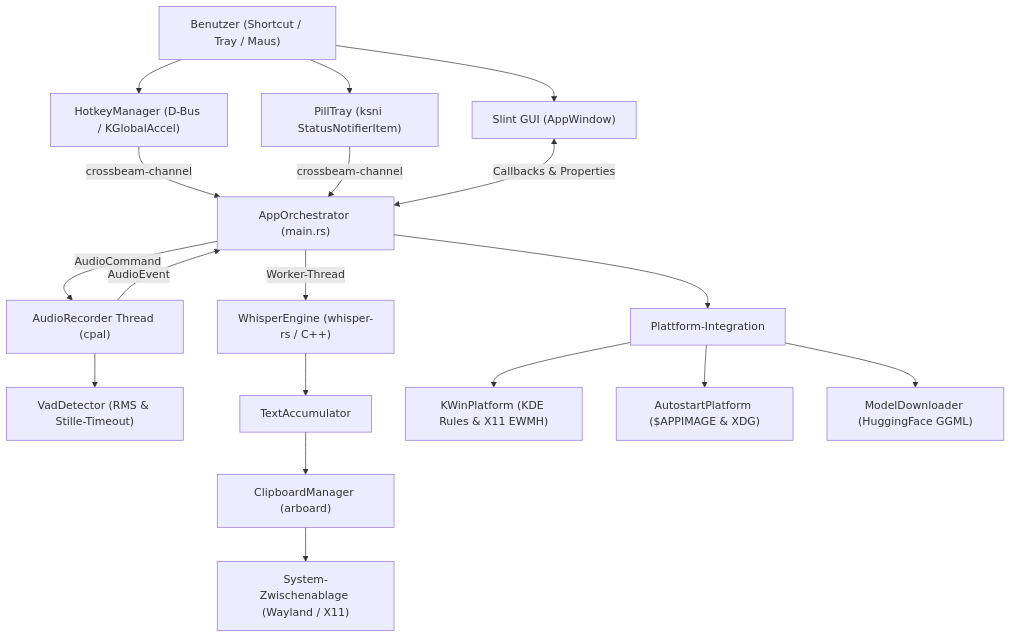
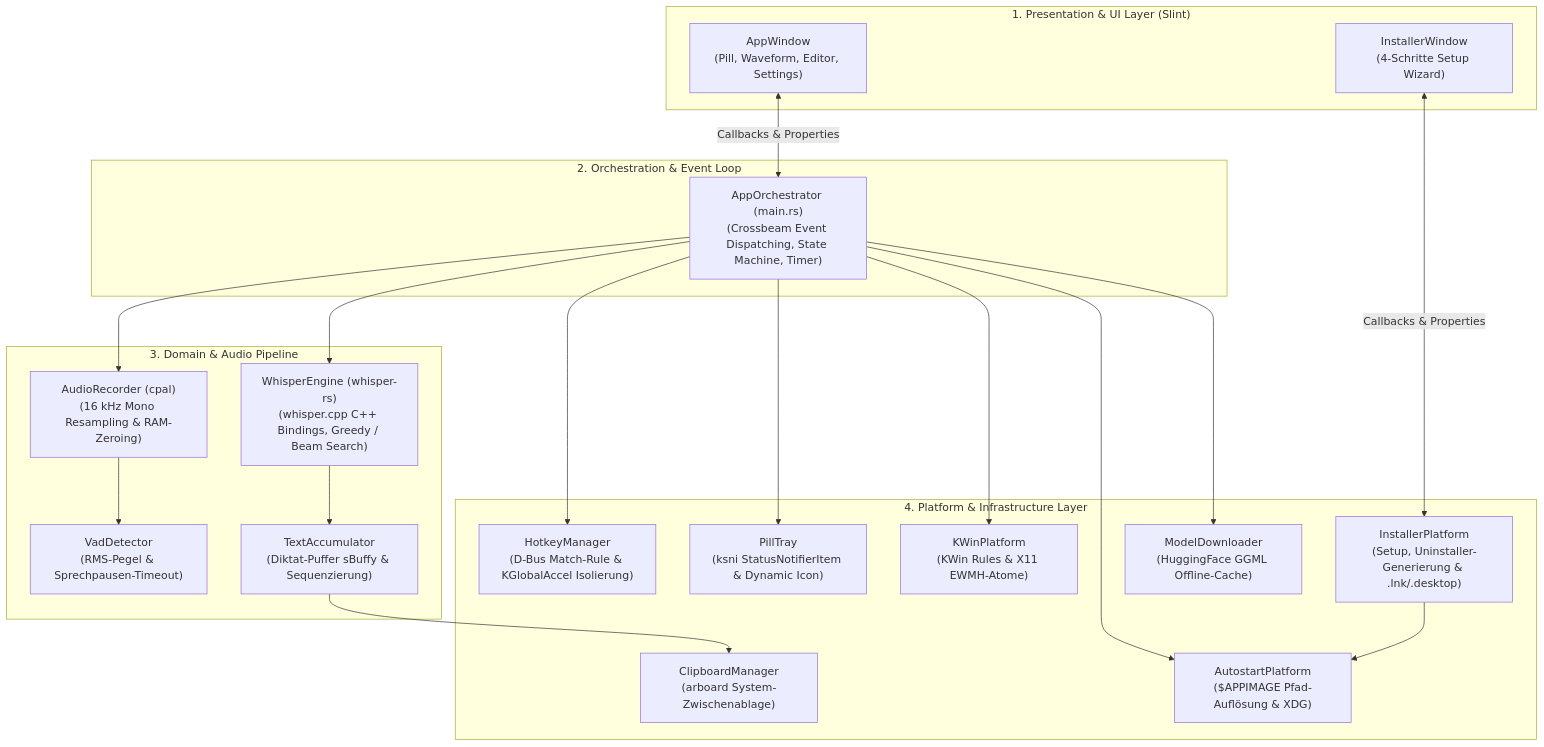
Before and after one commit to Sympa1/whisper_pill: the first of 5 diagrams in docs/architecture/technical_documentation.md, drawn with Mermaid. The commit also changed other lines of this file and 17 other files, not shown here.

````diff
--- a/docs/architecture/technical_documentation.md
+++ b/docs/architecture/technical_documentation.md
@@ -11,24 +13,42 @@
 ```mermaid
-graph TD
-    User["Benutzer (Shortcut / Tray / Maus)"] --> Hotkey["HotkeyManager (D-Bus / KGlobalAccel)"]
-    User --> Tray["PillTray (ksni StatusNotifierItem)"]
-    User --> UI["Slint GUI (AppWindow)"]
+flowchart TD
+    subgraph Presentation["1. Presentation & UI Layer (Slint)"]
+        UI["AppWindow<br/>(Pill, Waveform, Editor, Settings)"]
+        InstallUI["InstallerWindow<br/>(4-Schritte Setup Wizard)"]
+    end
 
-    Hotkey -->|"crossbeam-channel"| Orchestrator["AppOrchestrator (main.rs)"]
-    Tray -->|"crossbeam-channel"| Orchestrator
+    subgraph Orchestration["2. Orchestration & Event Loop"]
+        Orchestrator["AppOrchestrator (main.rs)<br/>(Crossbeam Event Dispatching, State Machine, Timer)"]
+    end
+
+    subgraph Domain["3. Domain & Audio Pipeline"]
+        AudioRec["AudioRecorder (cpal)<br/>(16 kHz Mono Resampling & RAM-Zeroing)"]
+        VAD["VadDetector<br/>(RMS-Pegel & Sprechpausen-Timeout)"]
+        Engine["WhisperEngine (whisper-rs)<br/>(whisper.cpp C++ Bindings, Greedy / Beam Search)"]
+        Acc["TextAccumulator<br/>(Diktat-Puffer sBuffy & Sequenzierung)"]
+    end
+
+    subgraph Infrastructure["4. Platform & Infrastructure Layer"]
+        Hotkey["HotkeyManager<br/>(D-Bus Match-Rule & KGlobalAccel Isolierung)"]
+        Tray["PillTray<br/>(ksni StatusNotifierItem & Dynamic Icon)"]
+        Clip["ClipboardManager<br/>(arboard System-Zwischenablage)"]
+        KWin["KWinPlatform<br/>(KWin Rules & X11 EWMH-Atome)"]
+        Auto["AutostartPlatform<br/>($APPIMAGE Pfad-Auflösung & XDG)"]
+        Installer["InstallerPlatform<br/>(Setup, Uninstaller-Generierung & .lnk/.desktop)"]
+        Downloader["ModelDownloader<br/>(HuggingFace GGML Offline-Cache)"]
+    end
+
     UI <-->|"Callbacks & Properties"| Orchestrator
-
-    Orchestrator -->|"AudioCommand"| AudioThread["AudioRecorder Thread (cpal)"]
-    AudioThread --> VAD["VadDetector (RMS & Stille-Timeout)"]
-    AudioThread -->|"AudioEvent"| Orchestrator
-
-    Orchestrator -->|"Worker-Thread"| Engine["WhisperEngine (whisper-rs / C++)"]
-    Engine --> Accumulator["TextAccumulator"]
-    Accumulator --> Clipboard["ClipboardManager (arboard)"]
-    Clipboard --> OSClip["System-Zwischenablage (Wayland / X11)"]
-
-    Orchestrator --> Platform["Plattform-Integration"]
-    Platform --> KWin["KWinPlatform (KDE Rules & X11 EWMH)"]
-    Platform --> Autostart["AutostartPlatform ($APPIMAGE & XDG)"]
-    Platform --> Downloader["ModelDownloader (HuggingFace GGML)"]
+    InstallUI <-->|"Callbacks & Properties"| Installer
+    Orchestrator --> AudioRec
+    AudioRec --> VAD
+    Orchestrator --> Engine
+    Engine --> Acc
+    Acc --> Clip
+    Orchestrator --> Hotkey
+    Orchestrator --> Tray
+    Orchestrator --> KWin
+    Orchestrator --> Auto
+    Orchestrator --> Downloader
+    Installer --> Auto
 ```
````
